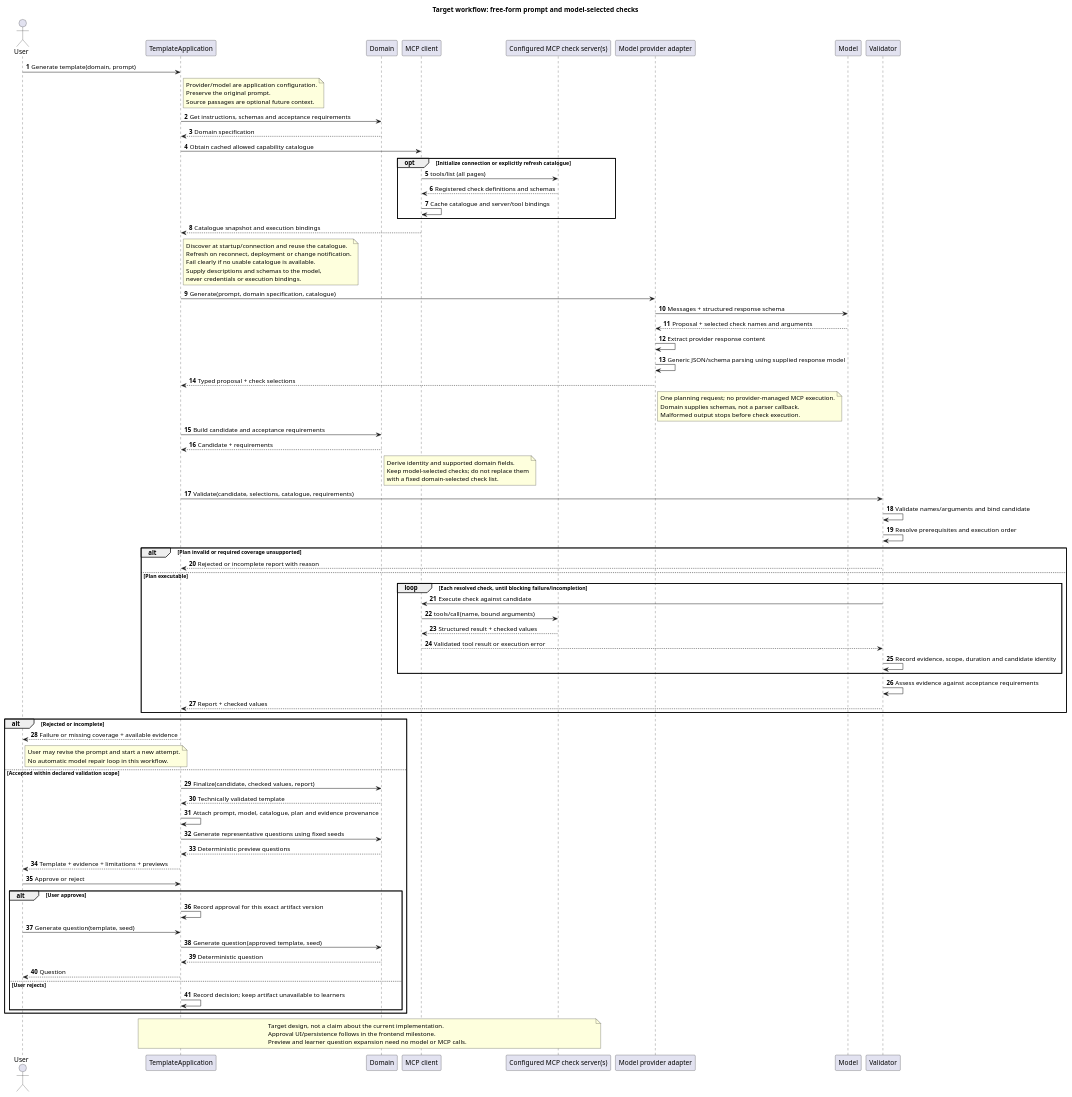
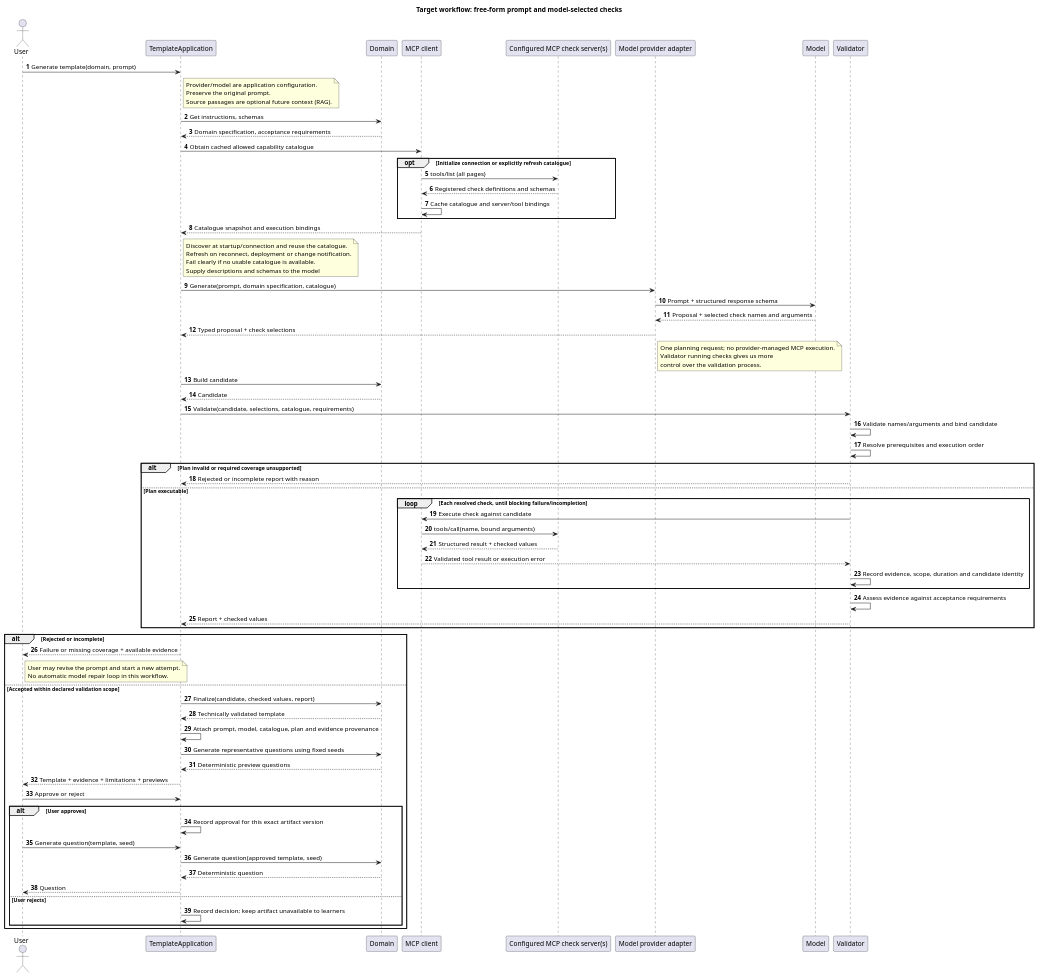
The diagram in docs/question-generation/generate-template.puml (edcraft-org/ai), drawn with PlantUML before and after one commit.

Commit message:
Update docs to reflect free form prompt from users

```diff
--- a/docs/question-generation/generate-template.puml
+++ b/docs/question-generation/generate-template.puml
@@ -1,103 +1,90 @@
 @startuml TemplateGeneration
 title Target workflow: free-form prompt and model-selected checks
 autonumber
 
 actor User
 participant TemplateApplication as App
 participant Domain
 participant "MCP client" as Client
 participant "Configured MCP check server(s)" as MCP
 participant "Model provider adapter" as Provider
 participant Model
 participant Validator
 
 User -> App: Generate template(domain, prompt)
 note right of App
   Provider/model are application configuration.
   Preserve the original prompt.
-  Source passages are optional future context.
+  Source passages are optional future context (RAG).
 end note
-App -> Domain: Get instructions, schemas and acceptance requirements
-Domain --> App: Domain specification
+App -> Domain: Get instructions, schemas
+Domain --> App: Domain specification, acceptance requirements
 App -> Client: Obtain cached allowed capability catalogue
 opt Initialize connection or explicitly refresh catalogue
     Client -> MCP: tools/list (all pages)
     MCP --> Client: Registered check definitions and schemas
     Client -> Client: Cache catalogue and server/tool bindings
 end
 Client --> App: Catalogue snapshot and execution bindings
 note right of App
   Discover at startup/connection and reuse the catalogue.
   Refresh on reconnect, deployment or change notification.
   Fail clearly if no usable catalogue is available.
-  Supply descriptions and schemas to the model,
-  never credentials or execution bindings.
+  Supply descriptions and schemas to the model
 end note
 App -> Provider: Generate(prompt, domain specification, catalogue)
-Provider -> Model: Messages + structured response schema
+Provider -> Model: Prompt + structured response schema
 Model --> Provider: Proposal + selected check names and arguments
-Provider -> Provider: Extract provider response content
-Provider -> Provider: Generic JSON/schema parsing using supplied response model
 Provider --> App: Typed proposal + check selections
 note right of Provider
   One planning request; no provider-managed MCP execution.
-  Domain supplies schemas, not a parser callback.
-  Malformed output stops before check execution.
+  Validator running checks gives us more 
+  control over the validation process.
 end note
 
-App -> Domain: Build candidate and acceptance requirements
-Domain --> App: Candidate + requirements
-note right of Domain
-  Derive identity and supported domain fields.
-  Keep model-selected checks; do not replace them
-  with a fixed domain-selected check list.
-end note
+App -> Domain: Build candidate
+Domain --> App: Candidate
 App -> Validator: Validate(candidate, selections, catalogue, requirements)
 Validator -> Validator: Validate names/arguments and bind candidate
 Validator -> Validator: Resolve prerequisites and execution order
 
 alt Plan invalid or required coverage unsupported
     Validator --> App: Rejected or incomplete report with reason
 else Plan executable
     loop Each resolved check, until blocking failure/incompletion
         Validator -> Client: Execute check against candidate
         Client -> MCP: tools/call(name, bound arguments)
         MCP --> Client: Structured result + checked values
         Client --> Validator: Validated tool result or execution error
         Validator -> Validator: Record evidence, scope, duration and candidate identity
     end
     Validator -> Validator: Assess evidence against acceptance requirements
     Validator --> App: Report + checked values
 end
 
 alt Rejected or incomplete
     App --> User: Failure or missing coverage + available evidence
     note right of User
       User may revise the prompt and start a new attempt.
       No automatic model repair loop in this workflow.
     end note
 else Accepted within declared validation scope
     App -> Domain: Finalize(candidate, checked values, report)
     Domain --> App: Technically validated template
     App -> App: Attach prompt, model, catalogue, plan and evidence provenance
     App -> Domain: Generate representative questions using fixed seeds
     Domain --> App: Deterministic preview questions
     App --> User: Template + evidence + limitations + previews
     User -> App: Approve or reject
     alt User approves
         App -> App: Record approval for this exact artifact version
         User -> App: Generate question(template, seed)
         App -> Domain: Generate question(approved template, seed)
         Domain --> App: Deterministic question
         App --> User: Question
     else User rejects
         App -> App: Record decision; keep artifact unavailable to learners
     end
 end
 
-note over App, MCP
-  Target design, not a claim about the current implementation.
-  Approval UI/persistence follows in the frontend milestone.
-  Preview and learner question expansion need no model or MCP calls.
-end note
 @enduml
```
